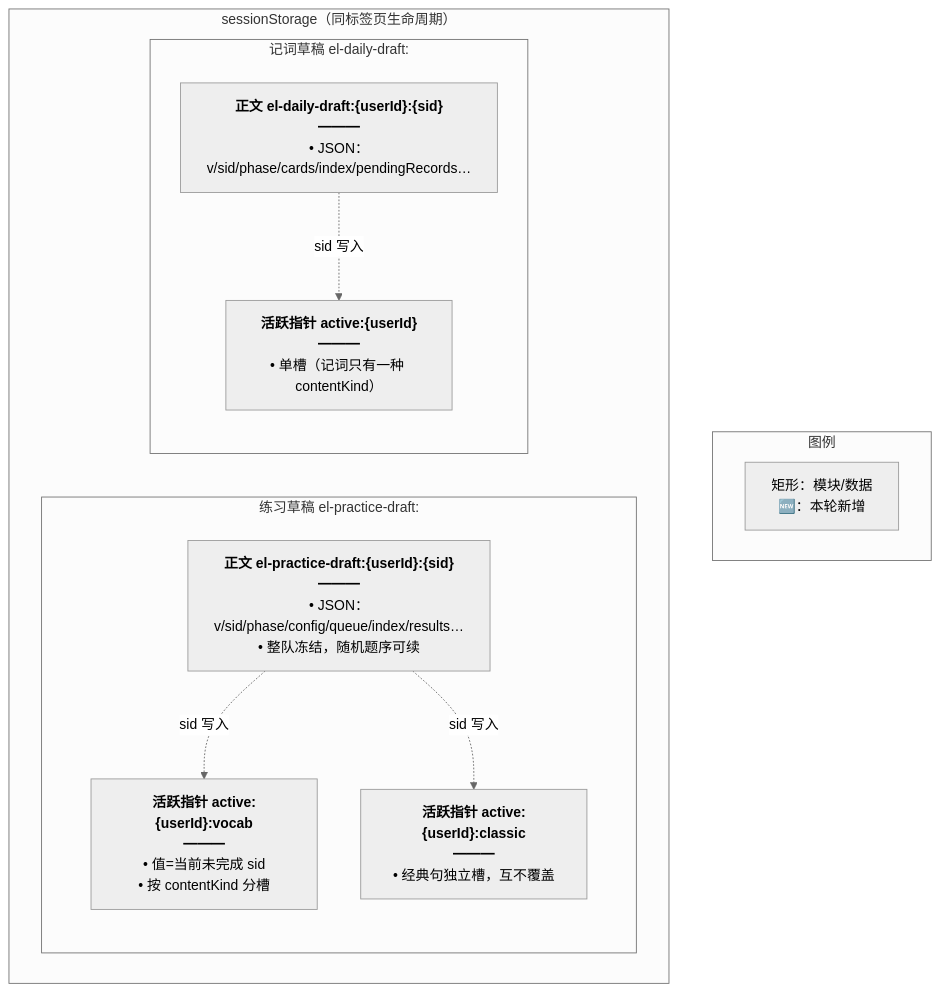
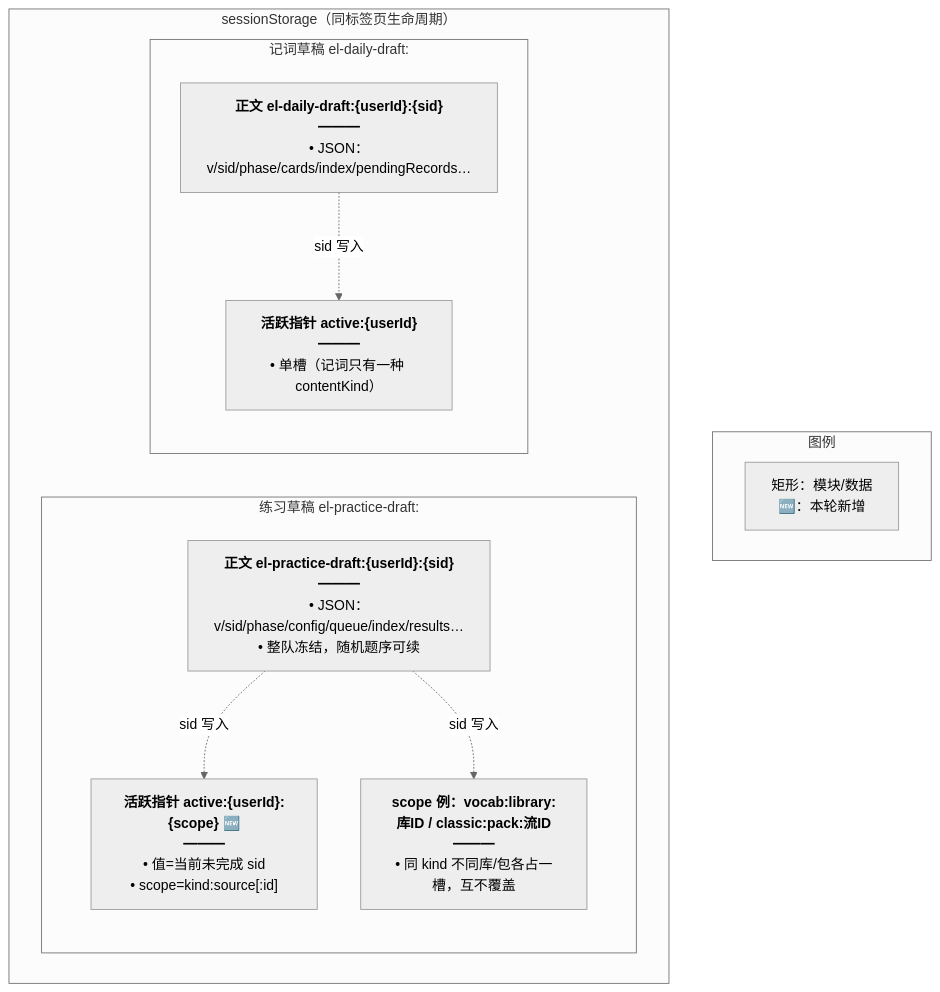
The first of 4 diagrams in wiki/english/会话草稿续练.md (dnhyxc/remote-docs), drawn with Mermaid (neutral theme) before and after one commit. The commit also changed other lines of this file and 21 other files, not shown here.

````diff
--- a/wiki/english/会话草稿续练.md
+++ b/wiki/english/会话草稿续练.md
@@ -42,21 +53,21 @@
 ```mermaid
 flowchart TB
   subgraph Legend["图例"]
     L1["矩形：模块/数据<br/>🆕：本轮新增"]
   end
   subgraph SS["sessionStorage（同标签页生命周期）"]
     direction LR
     subgraph Prac["练习草稿 el-practice-draft:"]
       AB["<b>正文 el-practice-draft:{userId}:{sid}</b><br/>━━━<br/>• JSON：v/sid/phase/config/queue/index/results…<br/>• 整队冻结，随机题序可续"]
-      AKV["<b>活跃指针 active:{userId}:vocab</b><br/>━━━<br/>• 值=当前未完成 sid<br/>• 按 contentKind 分槽"]
-      AKC["<b>活跃指针 active:{userId}:classic</b><br/>━━━<br/>• 经典句独立槽，互不覆盖"]
+      AKV["<b>活跃指针 active:{userId}:{scope} 🆕</b><br/>━━━<br/>• 值=当前未完成 sid<br/>• scope=kind:source[:id]"]
+      AKC["<b>scope 例：vocab:library:库ID / classic:pack:流ID</b><br/>━━━<br/>• 同 kind 不同库/包各占一槽，互不覆盖"]
     end
     subgraph Daily["记词草稿 el-daily-draft:"]
       DB["<b>正文 el-daily-draft:{userId}:{sid}</b><br/>━━━<br/>• JSON：v/sid/phase/cards/index/pendingRecords…"]
       DAK["<b>活跃指针 active:{userId}</b><br/>━━━<br/>• 单槽（记词只有一种 contentKind）"]
     end
   end
   AB -. "sid 写入" .-> AKV
   AB -. "sid 写入" .-> AKC
   DB -. "sid 写入" .-> DAK
 ```
````
